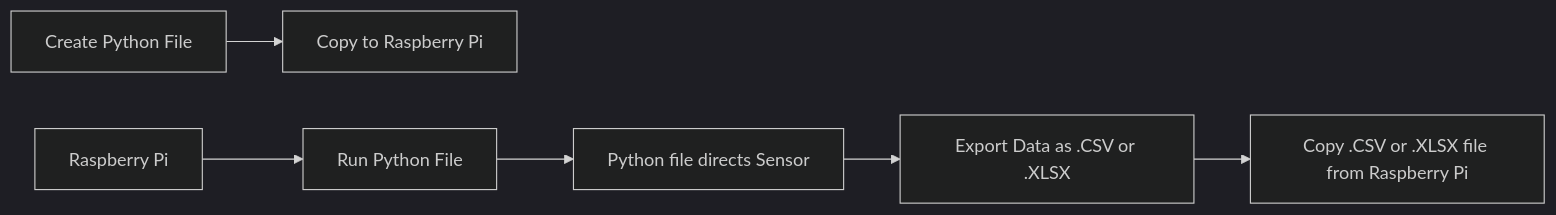
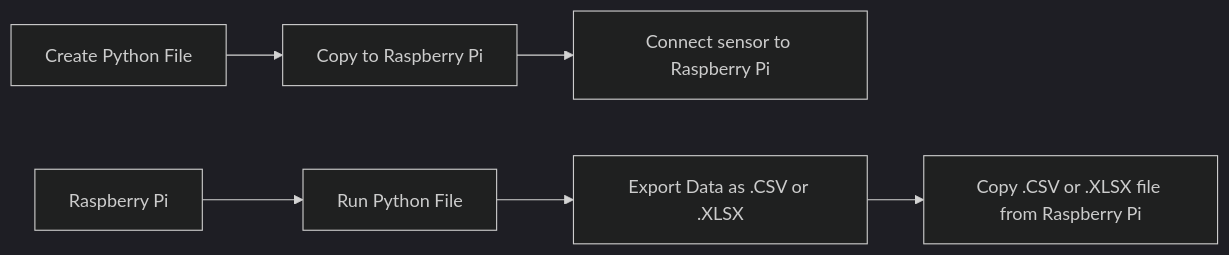
The diagram in README.md (hleve/sensor_workshop), drawn with Mermaid (dark theme) before and after one commit.

````diff
--- a/README.md
+++ b/README.md
@@ -6,8 +6,7 @@
 ```mermaid
 graph LR;
-A[Create Python File] --> B[Copy to Raspberry Pi]
-C[Raspberry Pi] -->D[Run Python File]
-D --> E[Python file directs Sensor]
+A[Create Python File] --> B[Copy to Raspberry Pi] -->C[Connect sensor to Raspberry Pi]
+D[Raspberry Pi] -->E[Run Python File]
 E --> F[Export Data as .CSV or .XLSX]
 F --> G[Copy .CSV or .XLSX file from Raspberry Pi]
 ```
````
